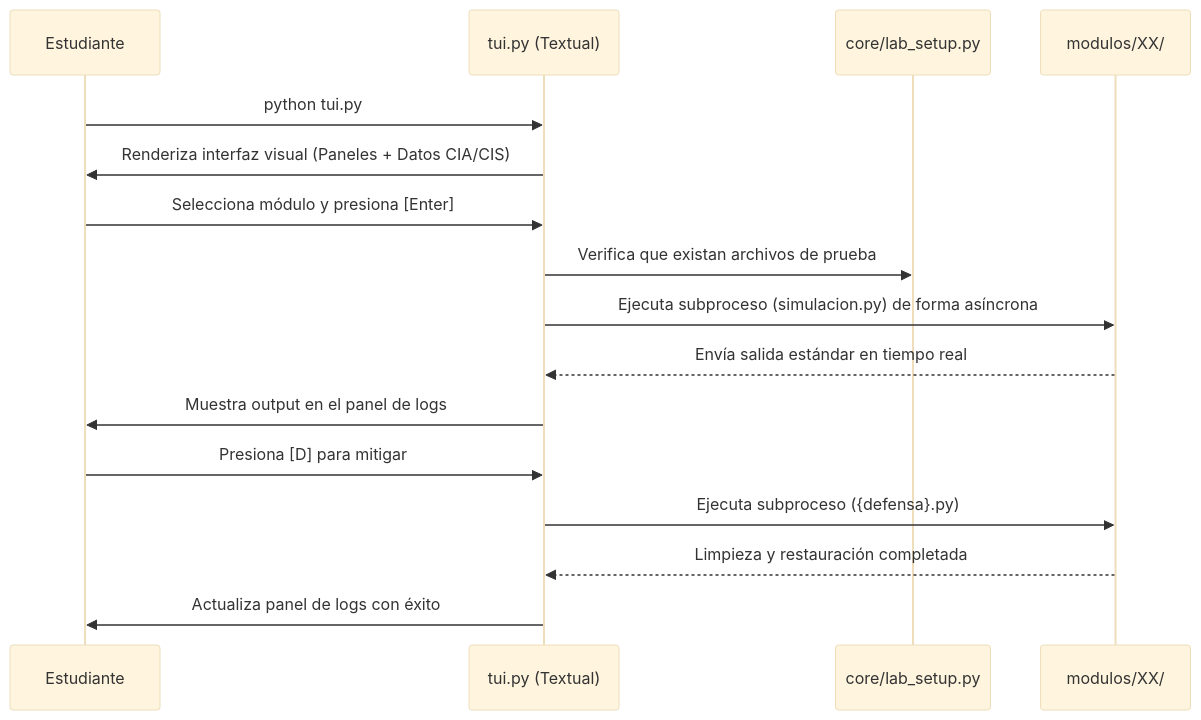
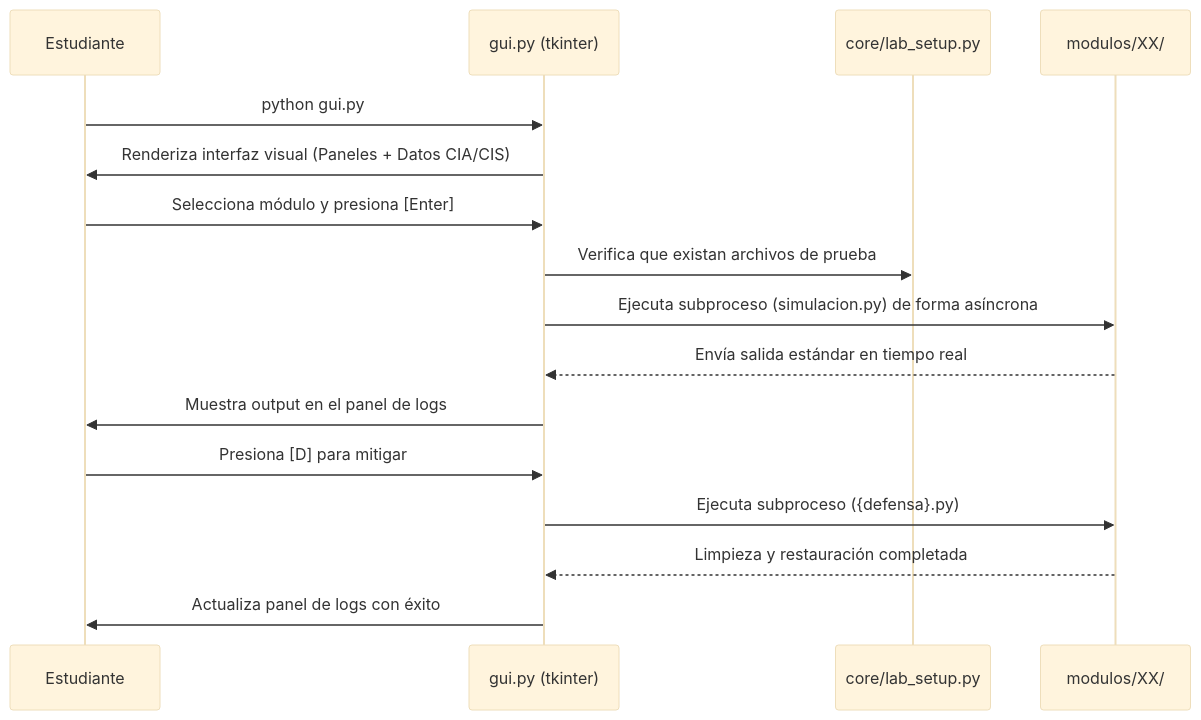
One commit to dozelix/easml-framework changed the second of 3 diagrams in README.md. Above: the diagram before and after it, drawn with Mermaid (base theme). The commit also changed other lines of this file and 2 other files, not shown here.

Commit message:
docs: actualiza requisitos, documentación y elimina referencias TUI legacy
- requirements.txt: pillow, tkhtmlview y markdown como obligatorios
- AGENTS.md: actualiza entry point, requisitos y agrega flujo de bugs
- README.md: reemplaza toda referencia a TUI/Textual por GUI/tkinter

````diff
--- a/README.md
+++ b/README.md
@@ -97,20 +97,20 @@
 ```mermaid
 sequenceDiagram
     participant E as Estudiante
-    participant T as tui.py (Textual)
+    participant G as gui.py (tkinter)
     participant S as core/lab_setup.py
     participant M as modulos/XX/
 
-    E->>T: python tui.py
-    T->>E: Renderiza interfaz visual (Paneles + Datos CIA/CIS)
-    E->>T: Selecciona módulo y presiona [Enter]
-    T->>S: Verifica que existan archivos de prueba
-    T->>M: Ejecuta subproceso (simulacion.py) de forma asíncrona
-    M-->>T: Envía salida estándar en tiempo real
-    T->>E: Muestra output en el panel de logs
-    E->>T: Presiona [D] para mitigar
-    T->>M: Ejecuta subproceso ({defensa}.py)
-    M-->>T: Limpieza y restauración completada
-    T->>E: Actualiza panel de logs con éxito
+    E->>G: python gui.py
+    G->>E: Renderiza interfaz visual (Paneles + Datos CIA/CIS)
+    E->>G: Selecciona módulo y presiona [Enter]
+    G->>S: Verifica que existan archivos de prueba
+    G->>M: Ejecuta subproceso (simulacion.py) de forma asíncrona
+    M-->>G: Envía salida estándar en tiempo real
+    G->>E: Muestra output en el panel de logs
+    E->>G: Presiona [D] para mitigar
+    G->>M: Ejecuta subproceso ({defensa}.py)
+    M-->>G: Limpieza y restauración completada
+    G->>E: Actualiza panel de logs con éxito
 
 ```
````
